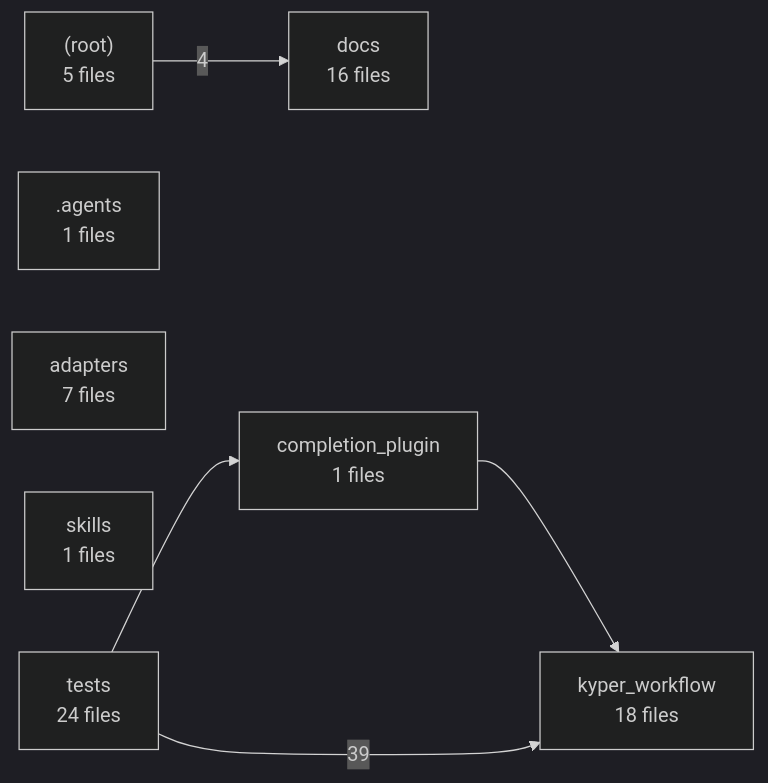
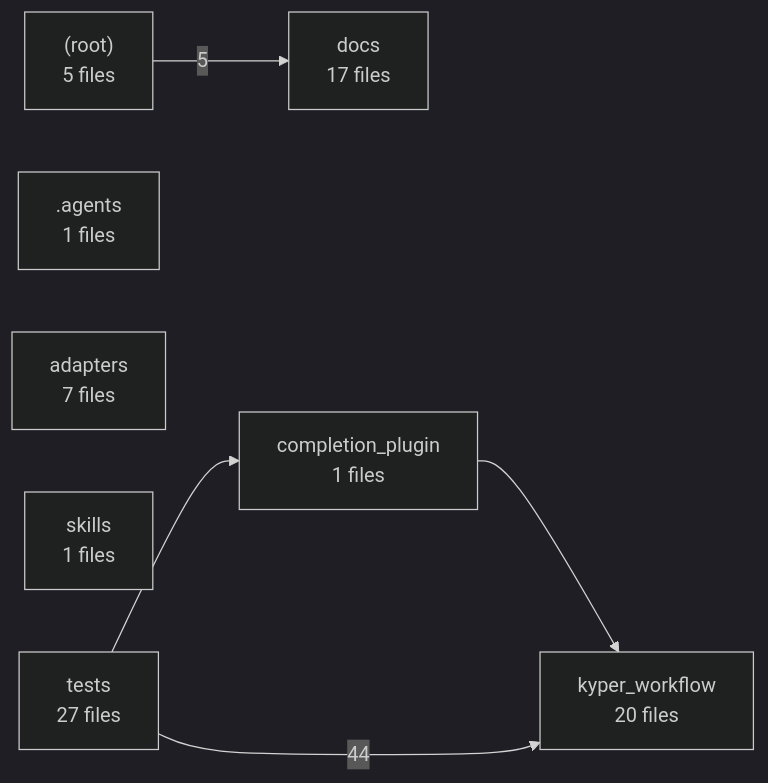
Before and after one commit to AbsoluteHLN/KyperWorkflow: the second of 2 diagrams in docs/PROJECT-MAP.md, drawn with Mermaid (dark theme). The commit also changed other lines of this file and 20 other files, not shown here.

````diff
--- a/docs/PROJECT-MAP.md
+++ b/docs/PROJECT-MAP.md
@@ -213,15 +221,15 @@
 ```mermaid
 graph LR
   g__root_["(root)<br/>5 files"]
   g__agents[".agents<br/>1 files"]
   g_adapters["adapters<br/>7 files"]
   g_completion_plugin["completion_plugin<br/>1 files"]
-  g_docs["docs<br/>16 files"]
-  g_kyper_workflow["kyper_workflow<br/>18 files"]
+  g_docs["docs<br/>17 files"]
+  g_kyper_workflow["kyper_workflow<br/>20 files"]
   g_skills["skills<br/>1 files"]
-  g_tests["tests<br/>24 files"]
-  g__root_ -->|4| g_docs
+  g_tests["tests<br/>27 files"]
+  g__root_ -->|5| g_docs
   g_completion_plugin --> g_kyper_workflow
   g_tests --> g_completion_plugin
-  g_tests -->|39| g_kyper_workflow
+  g_tests -->|44| g_kyper_workflow
 ```
````
